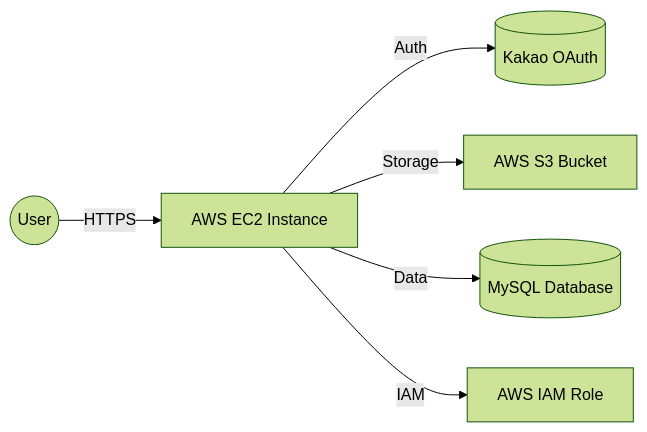
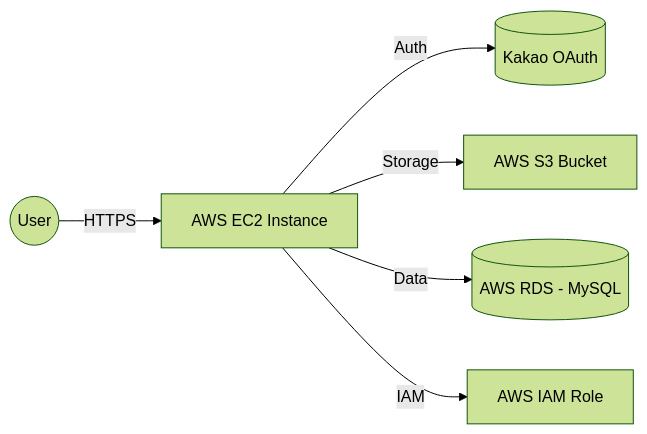
Before and after one commit to 2025-University-Capstone-Project/project_BE: the diagram in README.md, drawn with Mermaid (forest theme). The commit also changed other lines of this file, not shown here.

Commit message:
docs: include AWS RDS in BE infrastructure documentation

````diff
--- a/README.md
+++ b/README.md
@@ -45,8 +45,8 @@
 ```mermaid
 graph LR
     User((User)) -->|HTTPS| EC2[AWS EC2 Instance]
     EC2 -->|Auth| Kakao[(Kakao OAuth)]
     EC2 -->|Storage| S3[AWS S3 Bucket]
-    EC2 -->|Data| MySQL[(MySQL Database)]
+    EC2 -->|Data| RDS[(AWS RDS - MySQL)]
     EC2 -->|IAM| Role[AWS IAM Role]
 ```
````
